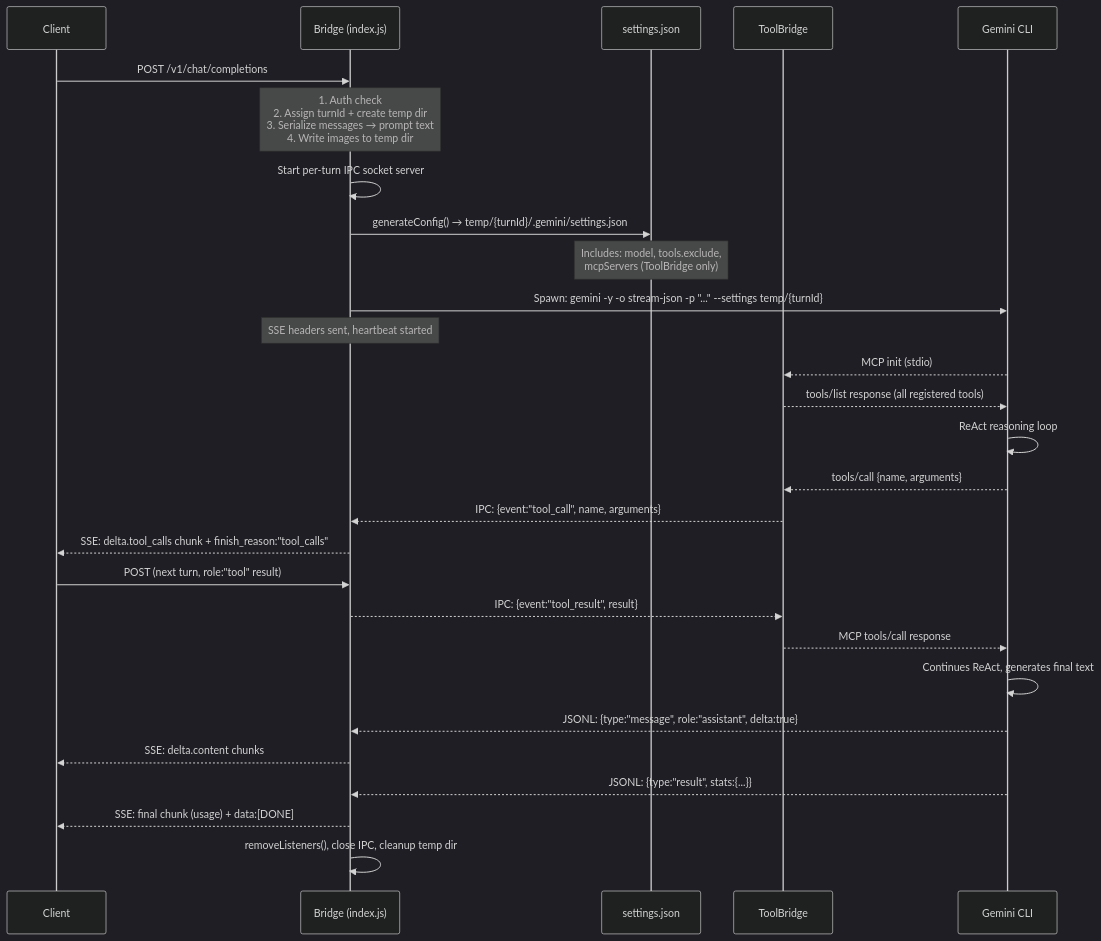
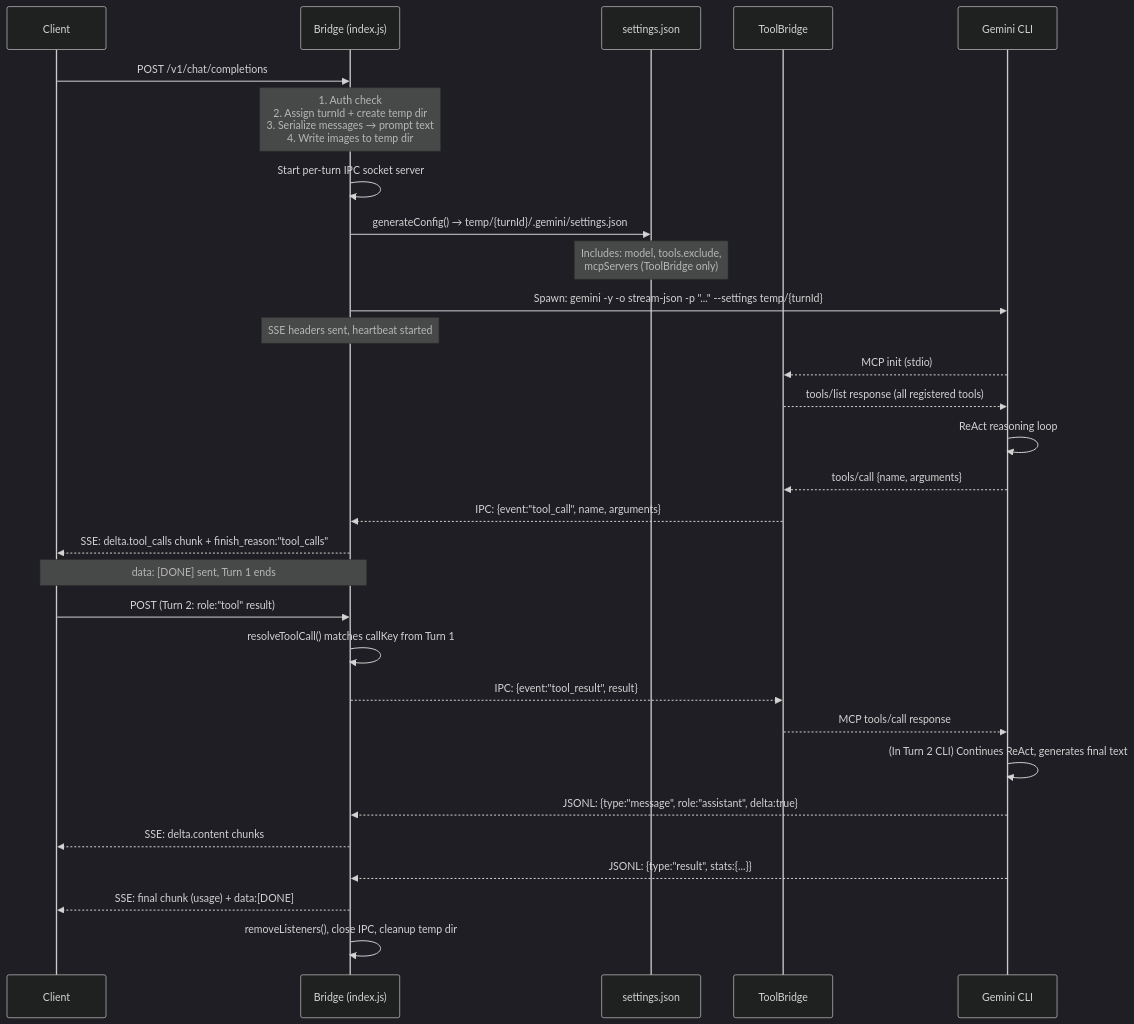
The second of 9 diagrams in ARCHITECTURE.md (h0tp-ftw/ionosphere), drawn with Mermaid (dark theme) before and after one commit. The commit also changed other lines of this file and 1 other file, not shown here.

First line of the commit message:
fix: resolve tool results in message loop and end SSE on tool call

````diff
--- a/ARCHITECTURE.md
+++ b/ARCHITECTURE.md
@@ -38,31 +38,33 @@
 ```mermaid
 sequenceDiagram
     participant C as Client
     participant B as Bridge (index.js)
     participant S as settings.json
     participant TB as ToolBridge
     participant CLI as Gemini CLI
 
     C->>B: POST /v1/chat/completions
     Note over B: 1. Auth check<br/>2. Assign turnId + create temp dir<br/>3. Serialize messages → prompt text<br/>4. Write images to temp dir
     B->>B: Start per-turn IPC socket server
     B->>S: generateConfig() → temp/{turnId}/.gemini/settings.json
     Note over S: Includes: model, tools.exclude,<br/>mcpServers (ToolBridge only)
     B->>CLI: Spawn: gemini -y -o stream-json -p "..." --settings temp/{turnId}
     Note over B: SSE headers sent, heartbeat started
     CLI-->>TB: MCP init (stdio)
     TB-->>CLI: tools/list response (all registered tools)
     CLI->>CLI: ReAct reasoning loop
     CLI-->>TB: tools/call {name, arguments}
     TB-->>B: IPC: {event:"tool_call", name, arguments}
     B-->>C: SSE: delta.tool_calls chunk + finish_reason:"tool_calls"
-    C->>B: POST (next turn, role:"tool" result)
+    Note over B,C: data: [DONE] sent, Turn 1 ends
+    C->>B: POST (Turn 2: role:"tool" result)
+    B->>B: resolveToolCall() matches callKey from Turn 1
     B-->>TB: IPC: {event:"tool_result", result}
     TB-->>CLI: MCP tools/call response
-    CLI->>CLI: Continues ReAct, generates final text
+    CLI->>CLI: (In Turn 2 CLI) Continues ReAct, generates final text
     CLI-->>B: JSONL: {type:"message", role:"assistant", delta:true}
     B-->>C: SSE: delta.content chunks
     CLI-->>B: JSONL: {type:"result", stats:{...}}
     B-->>C: SSE: final chunk (usage) + data:[DONE]
     B->>B: removeListeners(), close IPC, cleanup temp dir
 ```
````
